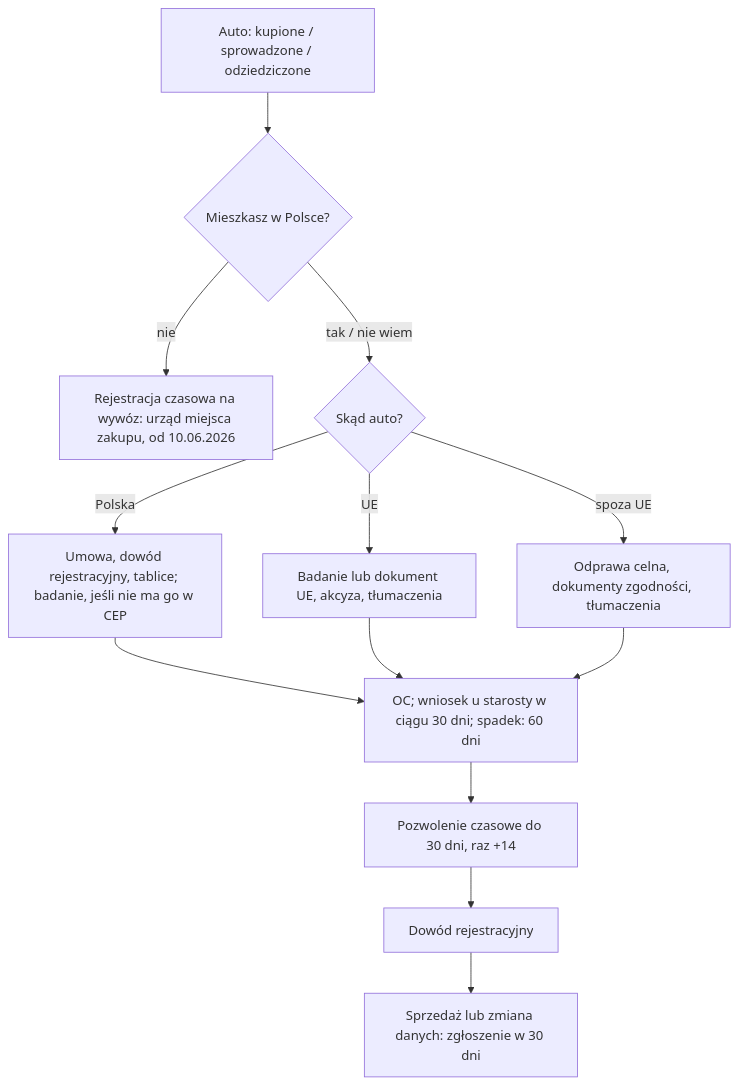
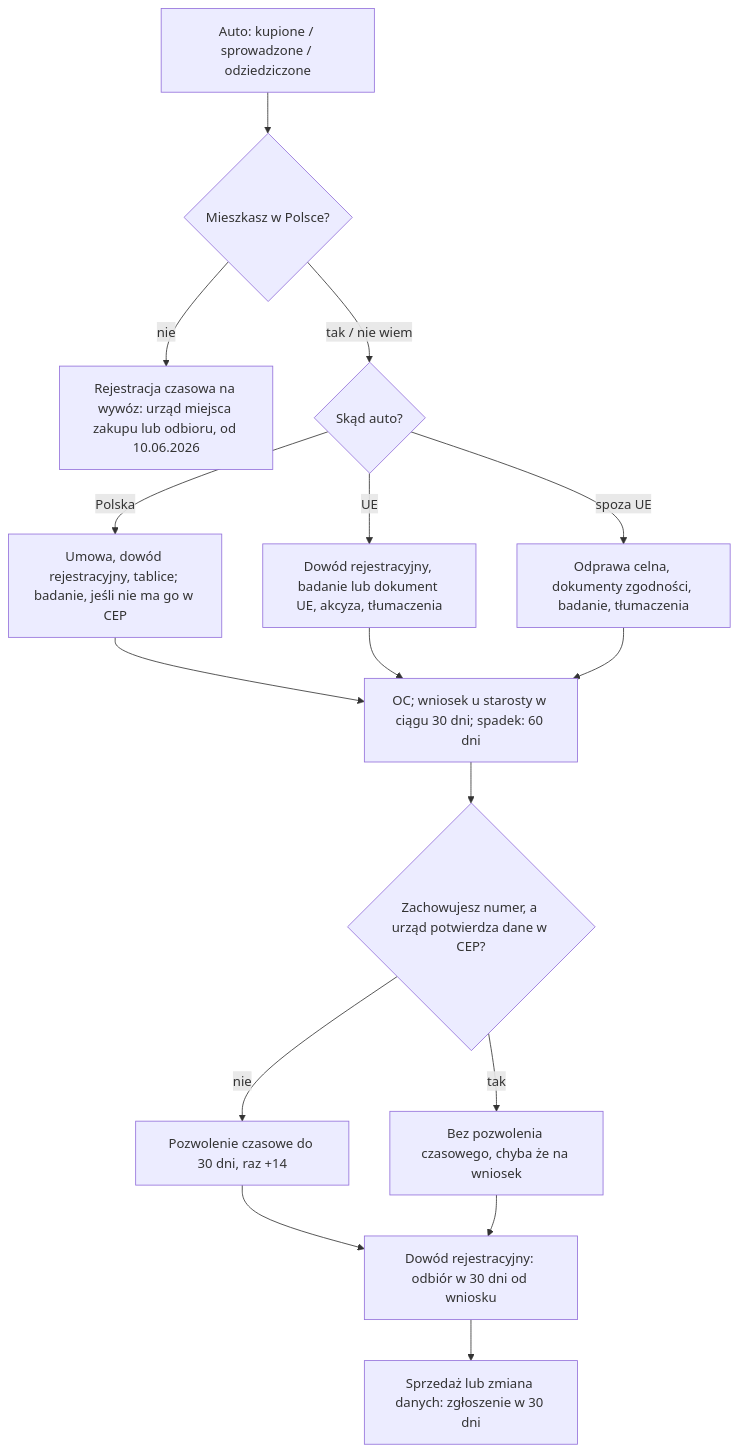
The diagram in docs/formalka-next/maps/vehicles-licence.md (wrzalkosowskilukaszz/formalka-next), drawn with Mermaid before and after one commit. The commit also changed other lines of this file and 16 other files, not shown here.

````diff
--- a/docs/formalka-next/maps/vehicles-licence.md
+++ b/docs/formalka-next/maps/vehicles-licence.md
@@ -152,15 +160,18 @@
 ```mermaid
 flowchart TD
   A[Auto: kupione / sprowadzone / odziedziczone] --> B{Mieszkasz w Polsce?}
-  B -- nie --> X[Rejestracja czasowa na wywóz: urząd miejsca zakupu, od 10.06.2026]
+  B -- nie --> X[Rejestracja czasowa na wywóz: urząd miejsca zakupu lub odbioru, od 10.06.2026]
   B -- tak / nie wiem --> C{Skąd auto?}
   C -- Polska --> D[Umowa, dowód rejestracyjny, tablice; badanie, jeśli nie ma go w CEP]
-  C -- UE --> E[Badanie lub dokument UE, akcyza, tłumaczenia]
-  C -- spoza UE --> F[Odprawa celna, dokumenty zgodności, tłumaczenia]
+  C -- UE --> E[Dowód rejestracyjny, badanie lub dokument UE, akcyza, tłumaczenia]
+  C -- spoza UE --> F[Odprawa celna, dokumenty zgodności, badanie, tłumaczenia]
   D --> G[OC; wniosek u starosty w ciągu 30 dni; spadek: 60 dni]
   E --> G
   F --> G
-  G --> H[Pozwolenie czasowe do 30 dni, raz +14]
-  H --> I[Dowód rejestracyjny]
+  G --> H{Zachowujesz numer, a urząd potwierdza dane w CEP?}
+  H -- nie --> H1[Pozwolenie czasowe do 30 dni, raz +14]
+  H -- tak --> H2[Bez pozwolenia czasowego, chyba że na wniosek]
+  H1 --> I[Dowód rejestracyjny: odbiór w 30 dni od wniosku]
+  H2 --> I
   I --> J[Sprzedaż lub zmiana danych: zgłoszenie w 30 dni]
 ```
````
